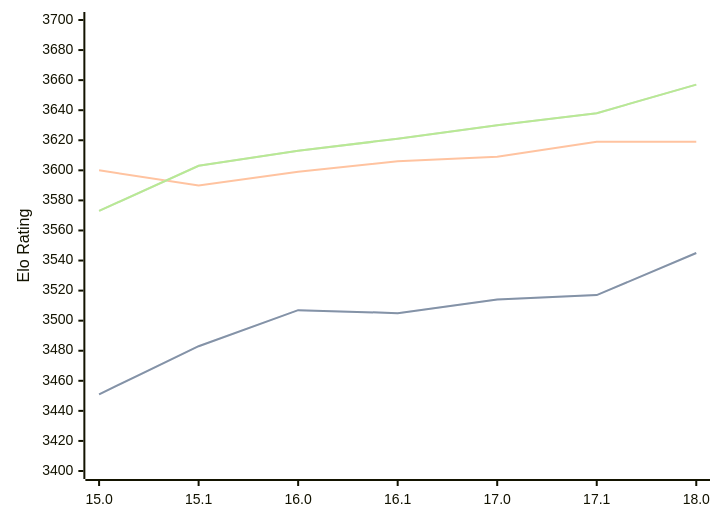
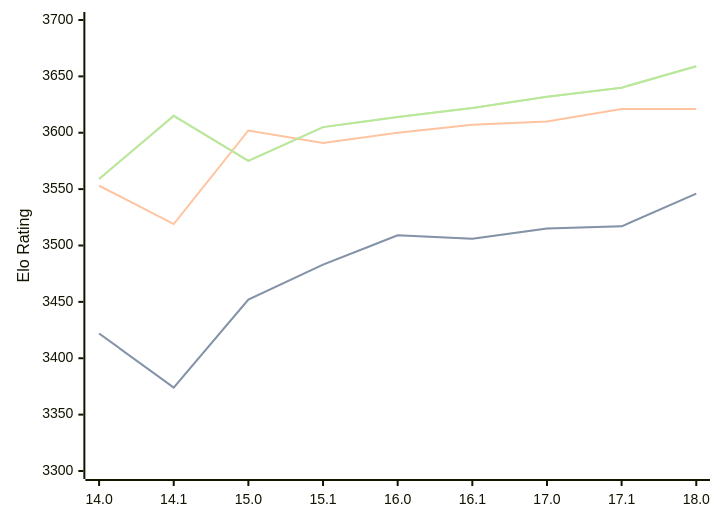
Before and after one commit to computer-chess-index/cci: the diagram in engines/Stockfish.md, drawn with Mermaid. The commit also changed other lines of this file, not shown here.

Commit message:
Update CCI Ratings (ELO VLTC) - 2026-02-15

````diff
--- a/engines/Stockfish.md
+++ b/engines/Stockfish.md
@@ -42,11 +42,11 @@
 ```mermaid
 %%{init: {"theme":"base","themeVariables":{"seriesColors:['#a3a3a3','#222221','#faa371']}}}%%
 xychart-beta
-  x-axis ["15.0", "15.1", "16.0", "16.1", "17.0", "17.1", "18.0"]
-  y-axis "Elo Rating" 3400 --> 3700
-  line "STC (8.0+0.08s)" [3451, 3483, 3507, 3505, 3514, 3517, 3545]
-  line "STC (8.0+0.08s)" [3451, 3483, 3507, 3505, 3514, 3517, 3545]
-  line "LTC (60.0+0.60s)" [3600, 3590, 3599, 3606, 3609, 3619, 3619]
-  line "VLTC (2m24s+1.12s)" [3573, 3603, 3613, 3621, 3630, 3638, 3657]
-  line "VLTC (2m24s+1.12s)" [3573, 3603, 3613, 3621, 3630, 3638, 3657]
+  x-axis ["14.0", "14.1", "15.0", "15.1", "16.0", "16.1", "17.0", "17.1", "18.0"]
+  y-axis "Elo Rating" 3300 --> 3700
+  line "STC (8.0+0.08s)" [3422, 3374, 3452, 3483, 3509, 3506, 3515, 3517, 3546]
+  line "STC (8.0+0.08s)" [3422, 3374, 3452, 3483, 3509, 3506, 3515, 3517, 3546]
+  line "LTC (60.0+0.60s)" [3553, 3519, 3602, 3591, 3600, 3607, 3610, 3621, 3621]
+  line "VLTC (2m24s+1.12s)" [3559, 3615, 3575, 3605, 3614, 3622, 3632, 3640, 3659]
+  line "VLTC (2m24s+1.12s)" [3559, 3615, 3575, 3605, 3614, 3622, 3632, 3640, 3659]
 ```
````
